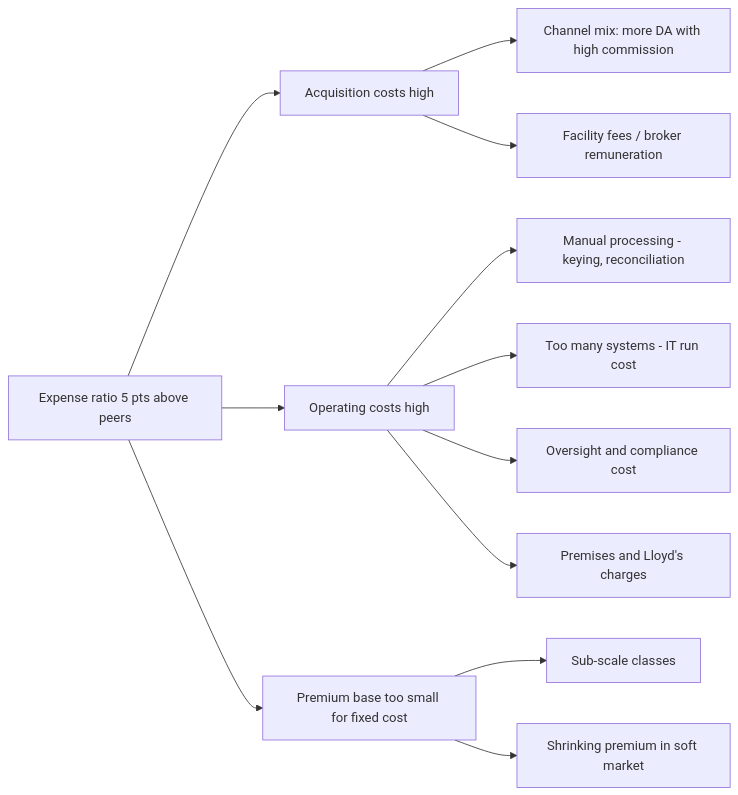
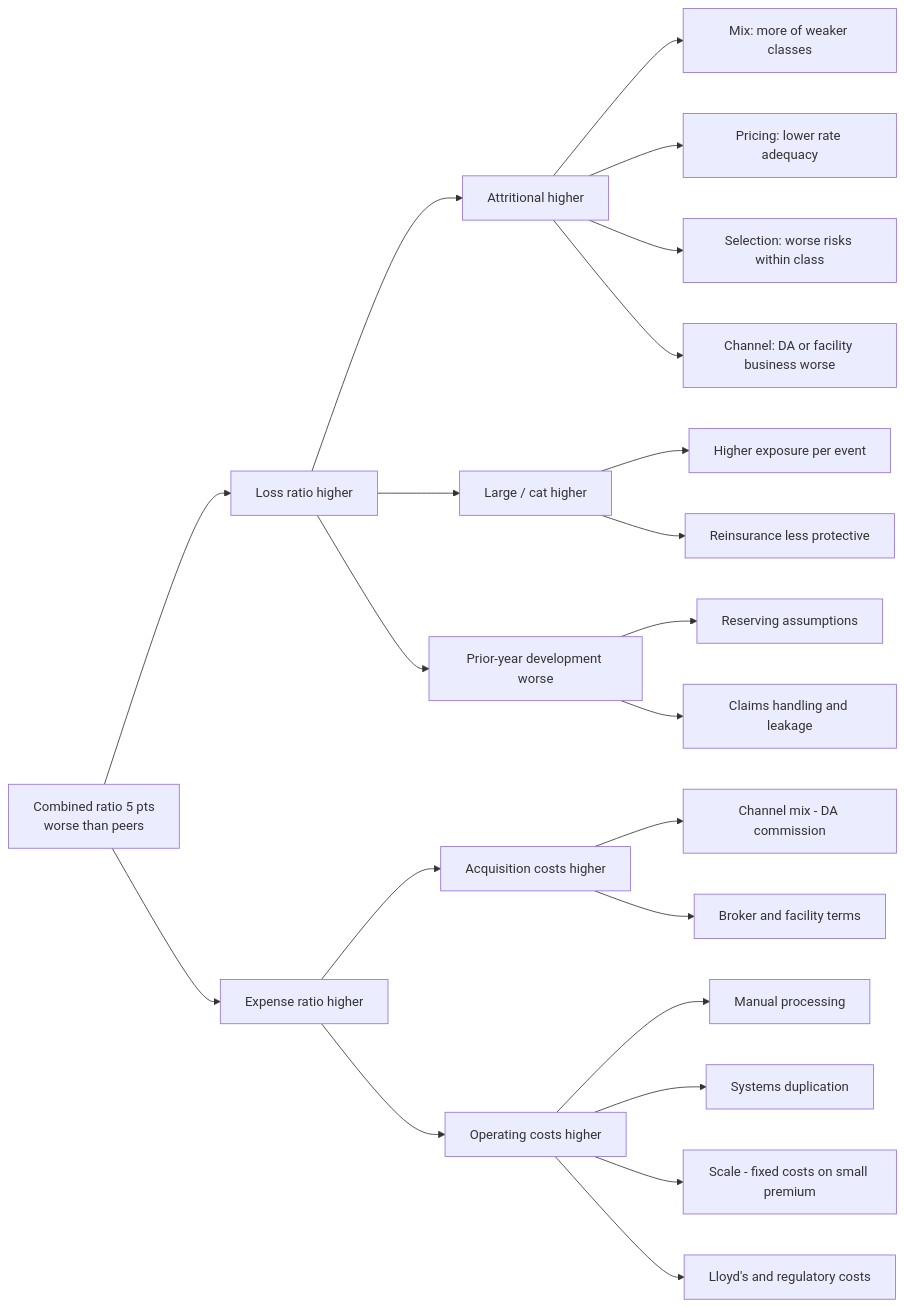
The first of 4 diagrams in london-market-lloyds-guide/11-Consulting-Playbook.md (gazal-gupta/Insurance-Domain), drawn with Mermaid before and after one commit. The commit also changed other lines of this file, not shown here.

First line of the commit message:
Rewrite chapter 11 as top-tier consulting craft for the London market

````diff
--- a/london-market-lloyds-guide/11-Consulting-Playbook.md
+++ b/london-market-lloyds-guide/11-Consulting-Playbook.md
@@ -55,14 +66,24 @@
 ```mermaid
 flowchart LR
-  Q[Expense ratio 5 pts above peers] --> A[Acquisition costs high]
-  Q --> B[Operating costs high]
-  Q --> C[Premium base too small for fixed cost]
-  A --> A1[Channel mix: more DA with high commission]
-  A --> A2[Facility fees / broker remuneration]
-  B --> B1[Manual processing - keying, reconciliation]
-  B --> B2[Too many systems - IT run cost]
-  B --> B3[Oversight and compliance cost]
-  B --> B4[Premises and Lloyd's charges]
-  C --> C1[Sub-scale classes]
-  C --> C2[Shrinking premium in soft market]
+  Q[Combined ratio 5 pts<br/>worse than peers] --> L[Loss ratio higher]
+  Q --> E[Expense ratio higher]
+  L --> L1[Attritional higher]
+  L --> L2[Large / cat higher]
+  L --> L3[Prior-year development worse]
+  L1 --> L1a[Mix: more of weaker classes]
+  L1 --> L1b[Pricing: lower rate adequacy]
+  L1 --> L1c[Selection: worse risks within class]
+  L1 --> L1d[Channel: DA or facility business worse]
+  L2 --> L2a[Higher exposure per event]
+  L2 --> L2b[Reinsurance less protective]
+  L3 --> L3a[Reserving assumptions]
+  L3 --> L3b[Claims handling and leakage]
+  E --> E1[Acquisition costs higher]
+  E --> E2[Operating costs higher]
+  E1 --> E1a[Channel mix - DA commission]
+  E1 --> E1b[Broker and facility terms]
+  E2 --> E2a[Manual processing]
+  E2 --> E2b[Systems duplication]
+  E2 --> E2c[Scale - fixed costs on small premium]
+  E2 --> E2d[Lloyd's and regulatory costs]
 ```
````
